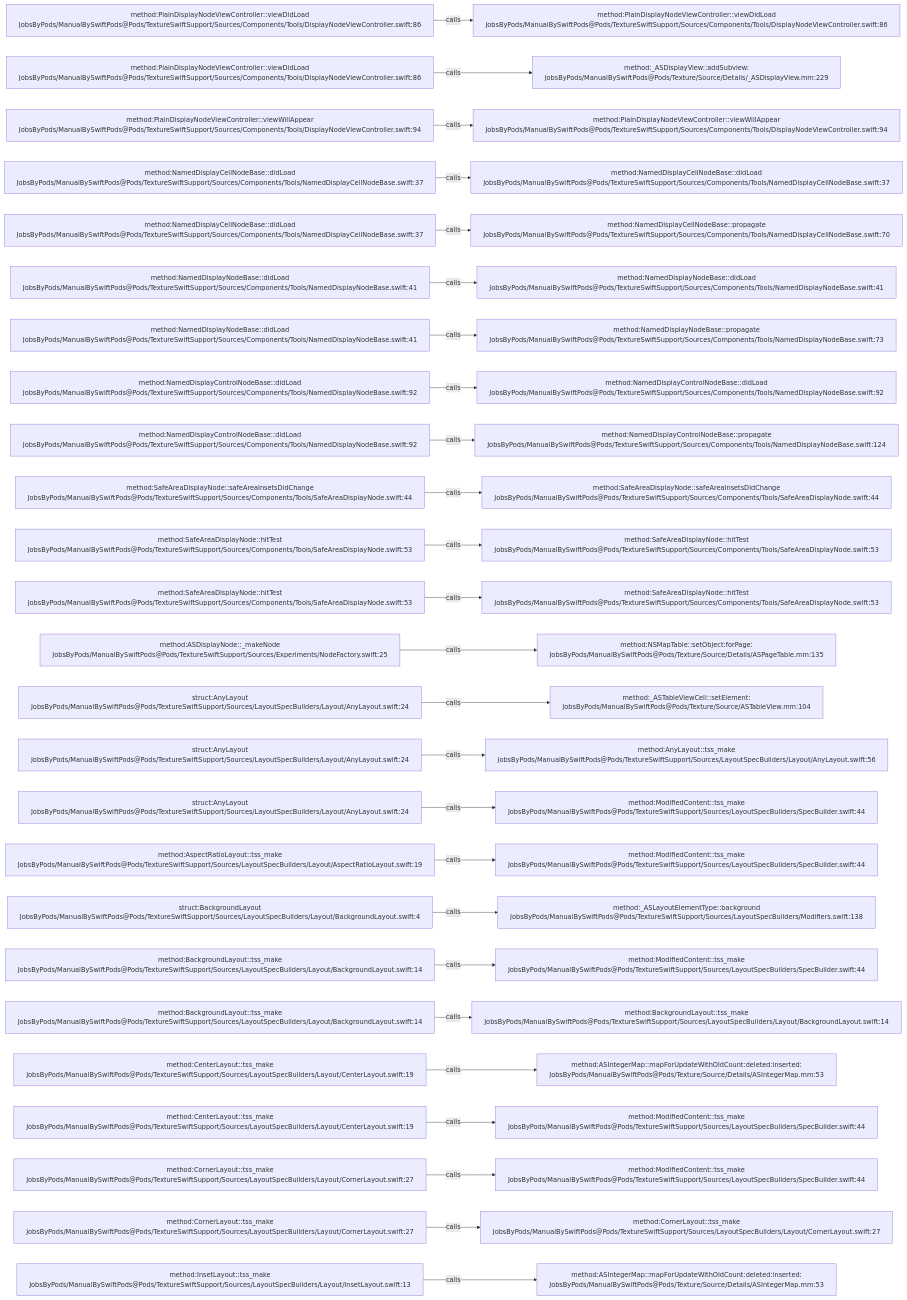
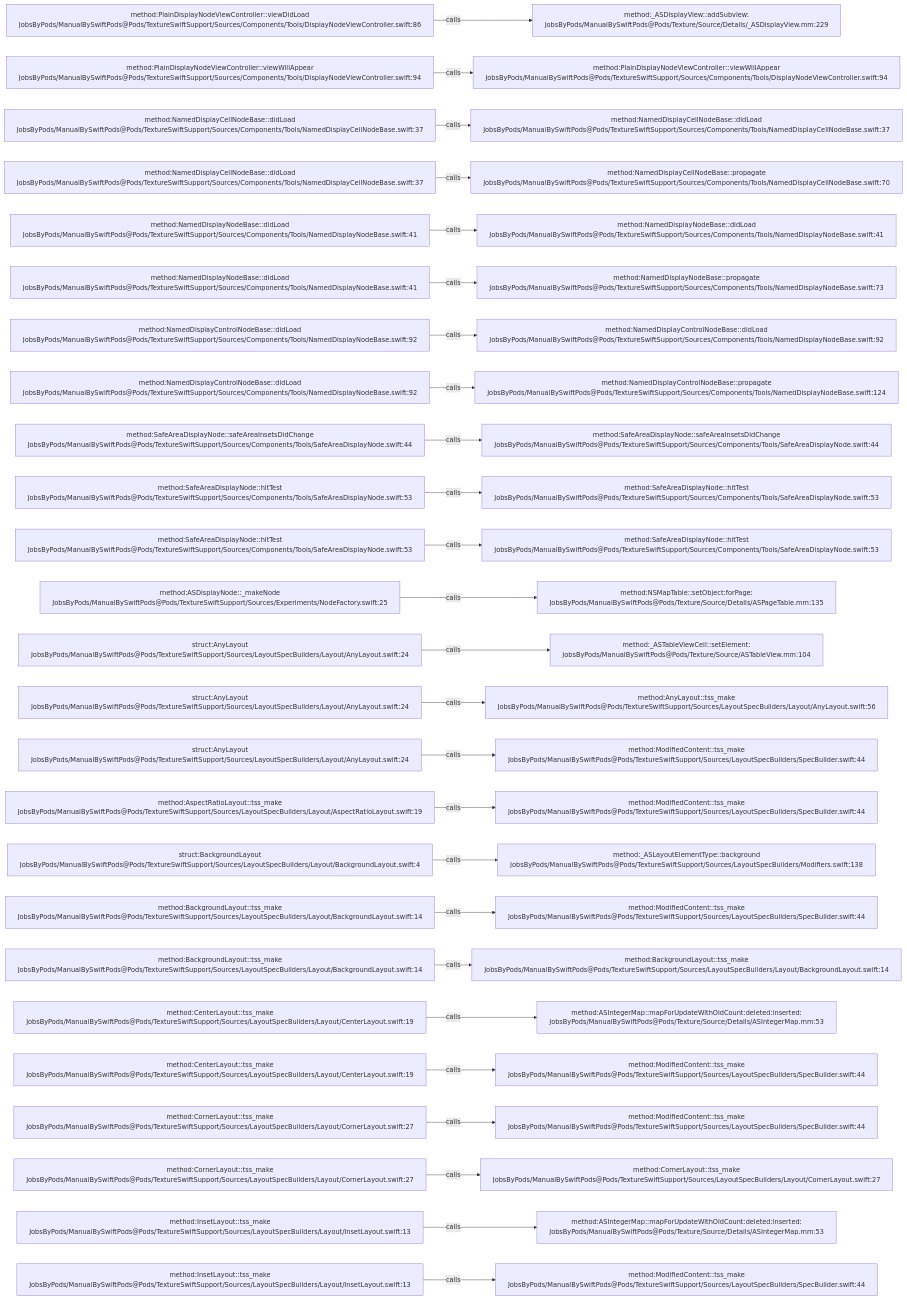
One commit to JobsKits/JobsSwiftBaseConfigDemo changed the diagram in .codegraph/codegraph.md/graphs/calls-156.md. Above: the diagram before and after it, drawn with Mermaid. The commit also changed 747 other files, not shown here.

````diff
--- a/.codegraph/codegraph.md/graphs/calls-156.md
+++ b/.codegraph/codegraph.md/graphs/calls-156.md
@@ -13,78 +13,78 @@
 ```mermaid
 flowchart LR
   S1["method:PlainDisplayNodeViewController::viewDidLoad<br/>JobsByPods/ManualBySwiftPods@Pods/TextureSwiftSupport/Sources/Components/Tools/DisplayNodeViewController.swift:86"]
-  T1["method:PlainDisplayNodeViewController::viewDidLoad<br/>JobsByPods/ManualBySwiftPods@Pods/TextureSwiftSupport/Sources/Components/Tools/DisplayNodeViewController.swift:86"]
+  T1["method:_ASDisplayView::addSubview:<br/>JobsByPods/ManualBySwiftPods@Pods/Texture/Source/Details/_ASDisplayView.mm:229"]
   S1 -->|calls| T1
-  S2["method:PlainDisplayNodeViewController::viewDidLoad<br/>JobsByPods/ManualBySwiftPods@Pods/TextureSwiftSupport/Sources/Components/Tools/DisplayNodeViewController.swift:86"]
-  T2["method:_ASDisplayView::addSubview:<br/>JobsByPods/ManualBySwiftPods@Pods/Texture/Source/Details/_ASDisplayView.mm:229"]
+  S2["method:PlainDisplayNodeViewController::viewWillAppear<br/>JobsByPods/ManualBySwiftPods@Pods/TextureSwiftSupport/Sources/Components/Tools/DisplayNodeViewController.swift:94"]
+  T2["method:PlainDisplayNodeViewController::viewWillAppear<br/>JobsByPods/ManualBySwiftPods@Pods/TextureSwiftSupport/Sources/Components/Tools/DisplayNodeViewController.swift:94"]
   S2 -->|calls| T2
-  S3["method:PlainDisplayNodeViewController::viewWillAppear<br/>JobsByPods/ManualBySwiftPods@Pods/TextureSwiftSupport/Sources/Components/Tools/DisplayNodeViewController.swift:94"]
-  T3["method:PlainDisplayNodeViewController::viewWillAppear<br/>JobsByPods/ManualBySwiftPods@Pods/TextureSwiftSupport/Sources/Components/Tools/DisplayNodeViewController.swift:94"]
+  S3["method:NamedDisplayCellNodeBase::didLoad<br/>JobsByPods/ManualBySwiftPods@Pods/TextureSwiftSupport/Sources/Components/Tools/NamedDisplayCellNodeBase.swift:37"]
+  T3["method:NamedDisplayCellNodeBase::didLoad<br/>JobsByPods/ManualBySwiftPods@Pods/TextureSwiftSupport/Sources/Components/Tools/NamedDisplayCellNodeBase.swift:37"]
   S3 -->|calls| T3
   S4["method:NamedDisplayCellNodeBase::didLoad<br/>JobsByPods/ManualBySwiftPods@Pods/TextureSwiftSupport/Sources/Components/Tools/NamedDisplayCellNodeBase.swift:37"]
-  T4["method:NamedDisplayCellNodeBase::didLoad<br/>JobsByPods/ManualBySwiftPods@Pods/TextureSwiftSupport/Sources/Components/Tools/NamedDisplayCellNodeBase.swift:37"]
+  T4["method:NamedDisplayCellNodeBase::propagate<br/>JobsByPods/ManualBySwiftPods@Pods/TextureSwiftSupport/Sources/Components/Tools/NamedDisplayCellNodeBase.swift:70"]
   S4 -->|calls| T4
-  S5["method:NamedDisplayCellNodeBase::didLoad<br/>JobsByPods/ManualBySwiftPods@Pods/TextureSwiftSupport/Sources/Components/Tools/NamedDisplayCellNodeBase.swift:37"]
-  T5["method:NamedDisplayCellNodeBase::propagate<br/>JobsByPods/ManualBySwiftPods@Pods/TextureSwiftSupport/Sources/Components/Tools/NamedDisplayCellNodeBase.swift:70"]
+  S5["method:NamedDisplayNodeBase::didLoad<br/>JobsByPods/ManualBySwiftPods@Pods/TextureSwiftSupport/Sources/Components/Tools/NamedDisplayNodeBase.swift:41"]
+  T5["method:NamedDisplayNodeBase::didLoad<br/>JobsByPods/ManualBySwiftPods@Pods/TextureSwiftSupport/Sources/Components/Tools/NamedDisplayNodeBase.swift:41"]
   S5 -->|calls| T5
   S6["method:NamedDisplayNodeBase::didLoad<br/>JobsByPods/ManualBySwiftPods@Pods/TextureSwiftSupport/Sources/Components/Tools/NamedDisplayNodeBase.swift:41"]
-  T6["method:NamedDisplayNodeBase::didLoad<br/>JobsByPods/ManualBySwiftPods@Pods/TextureSwiftSupport/Sources/Components/Tools/NamedDisplayNodeBase.swift:41"]
+  T6["method:NamedDisplayNodeBase::propagate<br/>JobsByPods/ManualBySwiftPods@Pods/TextureSwiftSupport/Sources/Components/Tools/NamedDisplayNodeBase.swift:73"]
   S6 -->|calls| T6
-  S7["method:NamedDisplayNodeBase::didLoad<br/>JobsByPods/ManualBySwiftPods@Pods/TextureSwiftSupport/Sources/Components/Tools/NamedDisplayNodeBase.swift:41"]
-  T7["method:NamedDisplayNodeBase::propagate<br/>JobsByPods/ManualBySwiftPods@Pods/TextureSwiftSupport/Sources/Components/Tools/NamedDisplayNodeBase.swift:73"]
+  S7["method:NamedDisplayControlNodeBase::didLoad<br/>JobsByPods/ManualBySwiftPods@Pods/TextureSwiftSupport/Sources/Components/Tools/NamedDisplayNodeBase.swift:92"]
+  T7["method:NamedDisplayControlNodeBase::didLoad<br/>JobsByPods/ManualBySwiftPods@Pods/TextureSwiftSupport/Sources/Components/Tools/NamedDisplayNodeBase.swift:92"]
   S7 -->|calls| T7
   S8["method:NamedDisplayControlNodeBase::didLoad<br/>JobsByPods/ManualBySwiftPods@Pods/TextureSwiftSupport/Sources/Components/Tools/NamedDisplayNodeBase.swift:92"]
-  T8["method:NamedDisplayControlNodeBase::didLoad<br/>JobsByPods/ManualBySwiftPods@Pods/TextureSwiftSupport/Sources/Components/Tools/NamedDisplayNodeBase.swift:92"]
+  T8["method:NamedDisplayControlNodeBase::propagate<br/>JobsByPods/ManualBySwiftPods@Pods/TextureSwiftSupport/Sources/Components/Tools/NamedDisplayNodeBase.swift:124"]
   S8 -->|calls| T8
-  S9["method:NamedDisplayControlNodeBase::didLoad<br/>JobsByPods/ManualBySwiftPods@Pods/TextureSwiftSupport/Sources/Components/Tools/NamedDisplayNodeBase.swift:92"]
-  T9["method:NamedDisplayControlNodeBase::propagate<br/>JobsByPods/ManualBySwiftPods@Pods/TextureSwiftSupport/Sources/Components/Tools/NamedDisplayNodeBase.swift:124"]
+  S9["method:SafeAreaDisplayNode::safeAreaInsetsDidChange<br/>JobsByPods/ManualBySwiftPods@Pods/TextureSwiftSupport/Sources/Components/Tools/SafeAreaDisplayNode.swift:44"]
+  T9["method:SafeAreaDisplayNode::safeAreaInsetsDidChange<br/>JobsByPods/ManualBySwiftPods@Pods/TextureSwiftSupport/Sources/Components/Tools/SafeAreaDisplayNode.swift:44"]
   S9 -->|calls| T9
-  S10["method:SafeAreaDisplayNode::safeAreaInsetsDidChange<br/>JobsByPods/ManualBySwiftPods@Pods/TextureSwiftSupport/Sources/Components/Tools/SafeAreaDisplayNode.swift:44"]
-  T10["method:SafeAreaDisplayNode::safeAreaInsetsDidChange<br/>JobsByPods/ManualBySwiftPods@Pods/TextureSwiftSupport/Sources/Components/Tools/SafeAreaDisplayNode.swift:44"]
+  S10["method:SafeAreaDisplayNode::hitTest<br/>JobsByPods/ManualBySwiftPods@Pods/TextureSwiftSupport/Sources/Components/Tools/SafeAreaDisplayNode.swift:53"]
+  T10["method:SafeAreaDisplayNode::hitTest<br/>JobsByPods/ManualBySwiftPods@Pods/TextureSwiftSupport/Sources/Components/Tools/SafeAreaDisplayNode.swift:53"]
   S10 -->|calls| T10
   S11["method:SafeAreaDisplayNode::hitTest<br/>JobsByPods/ManualBySwiftPods@Pods/TextureSwiftSupport/Sources/Components/Tools/SafeAreaDisplayNode.swift:53"]
   T11["method:SafeAreaDisplayNode::hitTest<br/>JobsByPods/ManualBySwiftPods@Pods/TextureSwiftSupport/Sources/Components/Tools/SafeAreaDisplayNode.swift:53"]
   S11 -->|calls| T11
-  S12["method:SafeAreaDisplayNode::hitTest<br/>JobsByPods/ManualBySwiftPods@Pods/TextureSwiftSupport/Sources/Components/Tools/SafeAreaDisplayNode.swift:53"]
-  T12["method:SafeAreaDisplayNode::hitTest<br/>JobsByPods/ManualBySwiftPods@Pods/TextureSwiftSupport/Sources/Components/Tools/SafeAreaDisplayNode.swift:53"]
+  S12["method:ASDisplayNode::_makeNode<br/>JobsByPods/ManualBySwiftPods@Pods/TextureSwiftSupport/Sources/Experiments/NodeFactory.swift:25"]
+  T12["method:NSMapTable::setObject:forPage:<br/>JobsByPods/ManualBySwiftPods@Pods/Texture/Source/Details/ASPageTable.mm:135"]
   S12 -->|calls| T12
-  S13["method:ASDisplayNode::_makeNode<br/>JobsByPods/ManualBySwiftPods@Pods/TextureSwiftSupport/Sources/Experiments/NodeFactory.swift:25"]
-  T13["method:NSMapTable::setObject:forPage:<br/>JobsByPods/ManualBySwiftPods@Pods/Texture/Source/Details/ASPageTable.mm:135"]
+  S13["struct:AnyLayout<br/>JobsByPods/ManualBySwiftPods@Pods/TextureSwiftSupport/Sources/LayoutSpecBuilders/Layout/AnyLayout.swift:24"]
+  T13["method:_ASTableViewCell::setElement:<br/>JobsByPods/ManualBySwiftPods@Pods/Texture/Source/ASTableView.mm:104"]
   S13 -->|calls| T13
   S14["struct:AnyLayout<br/>JobsByPods/ManualBySwiftPods@Pods/TextureSwiftSupport/Sources/LayoutSpecBuilders/Layout/AnyLayout.swift:24"]
-  T14["method:_ASTableViewCell::setElement:<br/>JobsByPods/ManualBySwiftPods@Pods/Texture/Source/ASTableView.mm:104"]
+  T14["method:AnyLayout::tss_make<br/>JobsByPods/ManualBySwiftPods@Pods/TextureSwiftSupport/Sources/LayoutSpecBuilders/Layout/AnyLayout.swift:56"]
   S14 -->|calls| T14
   S15["struct:AnyLayout<br/>JobsByPods/ManualBySwiftPods@Pods/TextureSwiftSupport/Sources/LayoutSpecBuilders/Layout/AnyLayout.swift:24"]
-  T15["method:AnyLayout::tss_make<br/>JobsByPods/ManualBySwiftPods@Pods/TextureSwiftSupport/Sources/LayoutSpecBuilders/Layout/AnyLayout.swift:56"]
+  T15["method:ModifiedContent::tss_make<br/>JobsByPods/ManualBySwiftPods@Pods/TextureSwiftSupport/Sources/LayoutSpecBuilders/SpecBuilder.swift:44"]
   S15 -->|calls| T15
-  S16["struct:AnyLayout<br/>JobsByPods/ManualBySwiftPods@Pods/TextureSwiftSupport/Sources/LayoutSpecBuilders/Layout/AnyLayout.swift:24"]
+  S16["method:AspectRatioLayout::tss_make<br/>JobsByPods/ManualBySwiftPods@Pods/TextureSwiftSupport/Sources/LayoutSpecBuilders/Layout/AspectRatioLayout.swift:19"]
   T16["method:ModifiedContent::tss_make<br/>JobsByPods/ManualBySwiftPods@Pods/TextureSwiftSupport/Sources/LayoutSpecBuilders/SpecBuilder.swift:44"]
   S16 -->|calls| T16
-  S17["method:AspectRatioLayout::tss_make<br/>JobsByPods/ManualBySwiftPods@Pods/TextureSwiftSupport/Sources/LayoutSpecBuilders/Layout/AspectRatioLayout.swift:19"]
-  T17["method:ModifiedContent::tss_make<br/>JobsByPods/ManualBySwiftPods@Pods/TextureSwiftSupport/Sources/LayoutSpecBuilders/SpecBuilder.swift:44"]
+  S17["struct:BackgroundLayout<br/>JobsByPods/ManualBySwiftPods@Pods/TextureSwiftSupport/Sources/LayoutSpecBuilders/Layout/BackgroundLayout.swift:4"]
+  T17["method:_ASLayoutElementType::background<br/>JobsByPods/ManualBySwiftPods@Pods/TextureSwiftSupport/Sources/LayoutSpecBuilders/Modifiers.swift:138"]
   S17 -->|calls| T17
-  S18["struct:BackgroundLayout<br/>JobsByPods/ManualBySwiftPods@Pods/TextureSwiftSupport/Sources/LayoutSpecBuilders/Layout/BackgroundLayout.swift:4"]
-  T18["method:_ASLayoutElementType::background<br/>JobsByPods/ManualBySwiftPods@Pods/TextureSwiftSupport/Sources/LayoutSpecBuilders/Modifiers.swift:138"]
+  S18["method:BackgroundLayout::tss_make<br/>JobsByPods/ManualBySwiftPods@Pods/TextureSwiftSupport/Sources/LayoutSpecBuilders/Layout/BackgroundLayout.swift:14"]
+  T18["method:ModifiedContent::tss_make<br/>JobsByPods/ManualBySwiftPods@Pods/TextureSwiftSupport/Sources/LayoutSpecBuilders/SpecBuilder.swift:44"]
   S18 -->|calls| T18
   S19["method:BackgroundLayout::tss_make<br/>JobsByPods/ManualBySwiftPods@Pods/TextureSwiftSupport/Sources/LayoutSpecBuilders/Layout/BackgroundLayout.swift:14"]
-  T19["method:ModifiedContent::tss_make<br/>JobsByPods/ManualBySwiftPods@Pods/TextureSwiftSupport/Sources/LayoutSpecBuilders/SpecBuilder.swift:44"]
+  T19["method:BackgroundLayout::tss_make<br/>JobsByPods/ManualBySwiftPods@Pods/TextureSwiftSupport/Sources/LayoutSpecBuilders/Layout/BackgroundLayout.swift:14"]
   S19 -->|calls| T19
-  S20["method:BackgroundLayout::tss_make<br/>JobsByPods/ManualBySwiftPods@Pods/TextureSwiftSupport/Sources/LayoutSpecBuilders/Layout/BackgroundLayout.swift:14"]
-  T20["method:BackgroundLayout::tss_make<br/>JobsByPods/ManualBySwiftPods@Pods/TextureSwiftSupport/Sources/LayoutSpecBuilders/Layout/BackgroundLayout.swift:14"]
+  S20["method:CenterLayout::tss_make<br/>JobsByPods/ManualBySwiftPods@Pods/TextureSwiftSupport/Sources/LayoutSpecBuilders/Layout/CenterLayout.swift:19"]
+  T20["method:ASIntegerMap::mapForUpdateWithOldCount:deleted:inserted:<br/>JobsByPods/ManualBySwiftPods@Pods/Texture/Source/Details/ASIntegerMap.mm:53"]
   S20 -->|calls| T20
   S21["method:CenterLayout::tss_make<br/>JobsByPods/ManualBySwiftPods@Pods/TextureSwiftSupport/Sources/LayoutSpecBuilders/Layout/CenterLayout.swift:19"]
-  T21["method:ASIntegerMap::mapForUpdateWithOldCount:deleted:inserted:<br/>JobsByPods/ManualBySwiftPods@Pods/Texture/Source/Details/ASIntegerMap.mm:53"]
+  T21["method:ModifiedContent::tss_make<br/>JobsByPods/ManualBySwiftPods@Pods/TextureSwiftSupport/Sources/LayoutSpecBuilders/SpecBuilder.swift:44"]
   S21 -->|calls| T21
-  S22["method:CenterLayout::tss_make<br/>JobsByPods/ManualBySwiftPods@Pods/TextureSwiftSupport/Sources/LayoutSpecBuilders/Layout/CenterLayout.swift:19"]
+  S22["method:CornerLayout::tss_make<br/>JobsByPods/ManualBySwiftPods@Pods/TextureSwiftSupport/Sources/LayoutSpecBuilders/Layout/CornerLayout.swift:27"]
   T22["method:ModifiedContent::tss_make<br/>JobsByPods/ManualBySwiftPods@Pods/TextureSwiftSupport/Sources/LayoutSpecBuilders/SpecBuilder.swift:44"]
   S22 -->|calls| T22
   S23["method:CornerLayout::tss_make<br/>JobsByPods/ManualBySwiftPods@Pods/TextureSwiftSupport/Sources/LayoutSpecBuilders/Layout/CornerLayout.swift:27"]
-  T23["method:ModifiedContent::tss_make<br/>JobsByPods/ManualBySwiftPods@Pods/TextureSwiftSupport/Sources/LayoutSpecBuilders/SpecBuilder.swift:44"]
+  T23["method:CornerLayout::tss_make<br/>JobsByPods/ManualBySwiftPods@Pods/TextureSwiftSupport/Sources/LayoutSpecBuilders/Layout/CornerLayout.swift:27"]
   S23 -->|calls| T23
-  S24["method:CornerLayout::tss_make<br/>JobsByPods/ManualBySwiftPods@Pods/TextureSwiftSupport/Sources/LayoutSpecBuilders/Layout/CornerLayout.swift:27"]
-  T24["method:CornerLayout::tss_make<br/>JobsByPods/ManualBySwiftPods@Pods/TextureSwiftSupport/Sources/LayoutSpecBuilders/Layout/CornerLayout.swift:27"]
+  S24["method:InsetLayout::tss_make<br/>JobsByPods/ManualBySwiftPods@Pods/TextureSwiftSupport/Sources/LayoutSpecBuilders/Layout/InsetLayout.swift:13"]
+  T24["method:ASIntegerMap::mapForUpdateWithOldCount:deleted:inserted:<br/>JobsByPods/ManualBySwiftPods@Pods/Texture/Source/Details/ASIntegerMap.mm:53"]
   S24 -->|calls| T24
   S25["method:InsetLayout::tss_make<br/>JobsByPods/ManualBySwiftPods@Pods/TextureSwiftSupport/Sources/LayoutSpecBuilders/Layout/InsetLayout.swift:13"]
-  T25["method:ASIntegerMap::mapForUpdateWithOldCount:deleted:inserted:<br/>JobsByPods/ManualBySwiftPods@Pods/Texture/Source/Details/ASIntegerMap.mm:53"]
+  T25["method:ModifiedContent::tss_make<br/>JobsByPods/ManualBySwiftPods@Pods/TextureSwiftSupport/Sources/LayoutSpecBuilders/SpecBuilder.swift:44"]
   S25 -->|calls| T25
 ```
````
